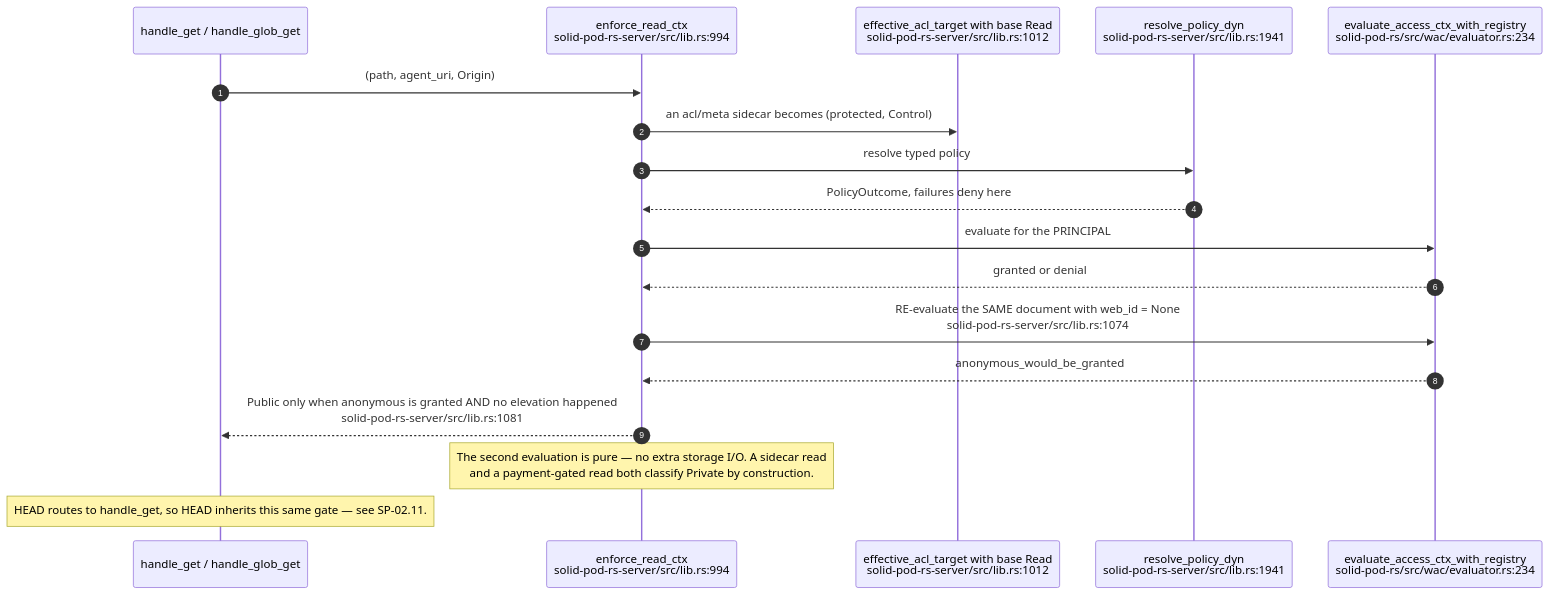
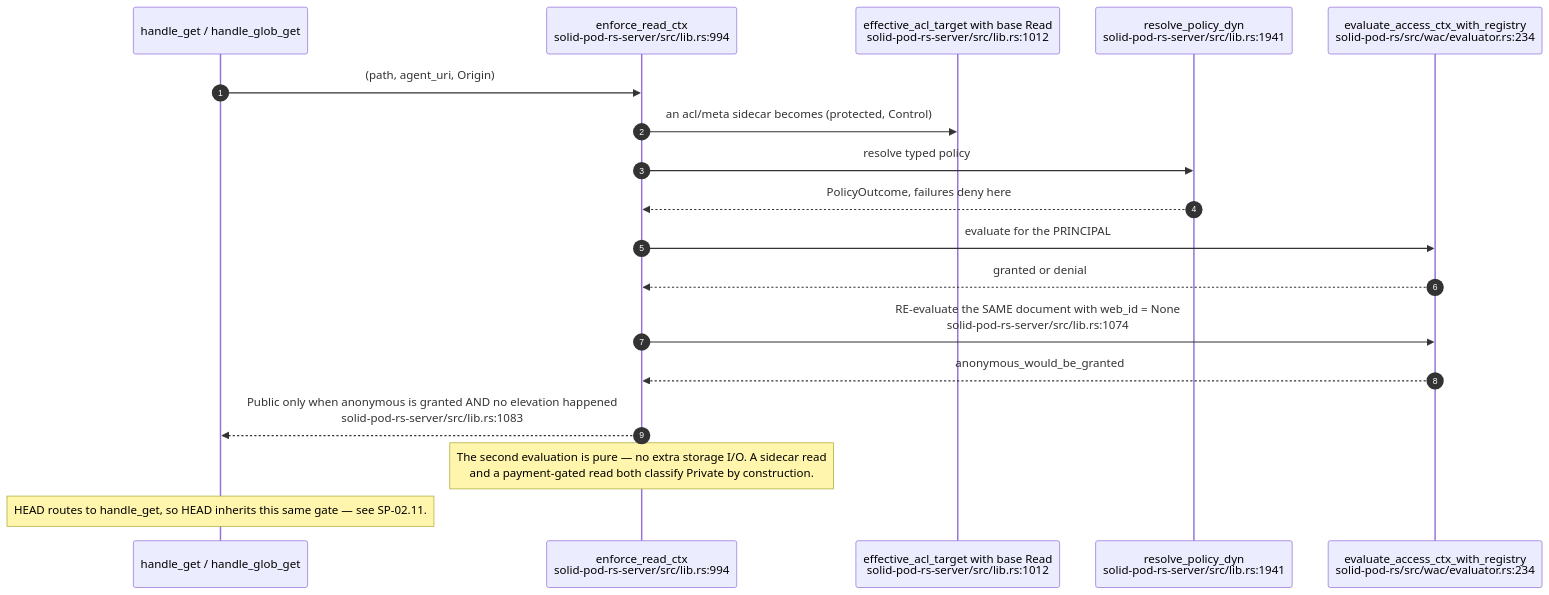
The second of 14 diagrams in docs/diagrams/solid-pod-rs/04-wac-authorisation.md (DreamLab-AI/VisionFlow), drawn with Mermaid before and after one commit. The commit also changed other lines of this file and 185 other files, not shown here.

Commit message:
docs(estate): reconcile diagrams and ADRs with source and define closeout sprint

````diff
--- a/docs/diagrams/solid-pod-rs/04-wac-authorisation.md
+++ b/docs/diagrams/solid-pod-rs/04-wac-authorisation.md
@@ -60,21 +60,21 @@
 ```mermaid
 sequenceDiagram
     autonumber
     participant H as handle_get / handle_glob_get
     participant ER as enforce_read_ctx<br/>solid-pod-rs-server/src/lib.rs:994
     participant ET as effective_acl_target with base Read<br/>solid-pod-rs-server/src/lib.rs:1012
     participant RP as resolve_policy_dyn<br/>solid-pod-rs-server/src/lib.rs:1941
     participant EV as evaluate_access_ctx_with_registry<br/>solid-pod-rs/src/wac/evaluator.rs:234
 
     H->>ER: (path, agent_uri, Origin)
     ER->>ET: an acl/meta sidecar becomes (protected, Control)
     ER->>RP: resolve typed policy
     RP-->>ER: PolicyOutcome, failures deny here
     ER->>EV: evaluate for the PRINCIPAL
     EV-->>ER: granted or denial
     ER->>EV: RE-evaluate the SAME document with web_id = None<br/>solid-pod-rs-server/src/lib.rs:1074
     EV-->>ER: anonymous_would_be_granted
-    ER-->>H: Public only when anonymous is granted AND no elevation happened<br/>solid-pod-rs-server/src/lib.rs:1081
+    ER-->>H: Public only when anonymous is granted AND no elevation happened<br/>solid-pod-rs-server/src/lib.rs:1083
     Note over ER: The second evaluation is pure — no extra storage I/O. A sidecar read<br/>and a payment-gated read both classify Private by construction.
     Note over H: HEAD routes to handle_get, so HEAD inherits this same gate — see SP-02.11.
 ```
````
